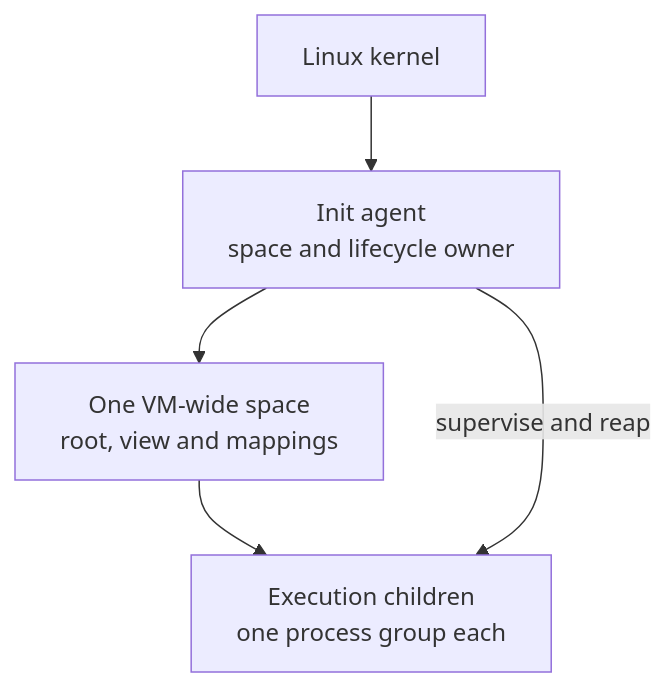
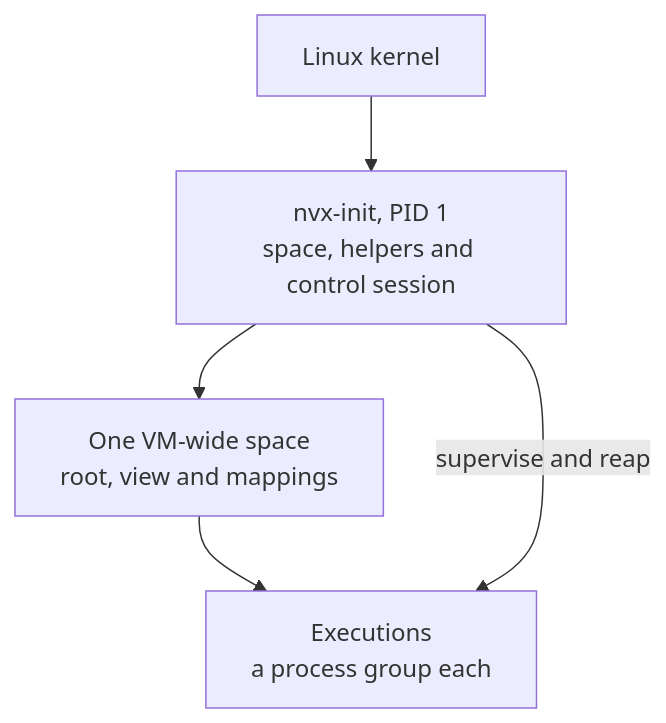
Before and after one commit to microsoft/nvx: the diagram in doc/design/4.2-guest-agents-and-workload-model.md, drawn with Mermaid. The commit also changed other lines of this file and 9 other files, not shown here.

````diff
--- a/doc/design/4.2-guest-agents-and-workload-model.md
+++ b/doc/design/4.2-guest-agents-and-workload-model.md
@@ -21,12 +28,12 @@
 ```mermaid
 flowchart TB
    Kernel["Linux kernel"]
-   Agents["Init agent<br/>space and lifecycle owner"]
-   Root["One VM-wide space<br/>root, view and mappings"]
-   Workload["Execution children<br/>one process group each"]
+   Init["nvx-init, PID 1<br/>space, helpers and control session"]
+   Space["One VM-wide space<br/>root, view and mappings"]
+   Workload["Executions<br/>a process group each"]
 
-   Kernel --> Agents
-   Agents --> Root
-   Root --> Workload
-   Agents -->|"supervise and reap"| Workload
+   Kernel --> Init
+   Init --> Space
+   Space --> Workload
+   Init -->|"supervise and reap"| Workload
 ```
````
